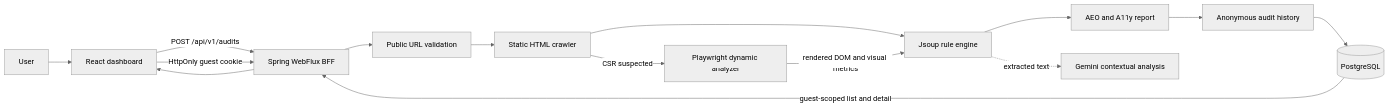
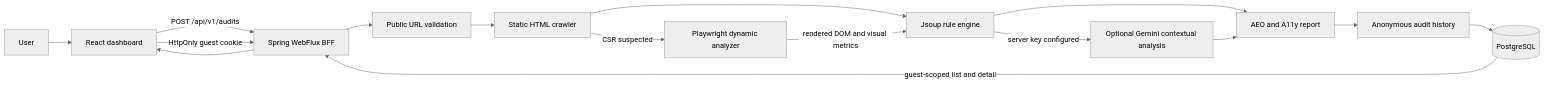
The diagram in docs/architecture.md (hoyeol0513/AEOLens), drawn with Mermaid (neutral theme) before and after one commit. The commit also changed other lines of this file and 11 other files, not shown here.

````diff
--- a/docs/architecture.md
+++ b/docs/architecture.md
@@ -16,17 +16,18 @@
 ```mermaid
 flowchart LR
     U[User] --> F[React dashboard]
     F -->|POST /api/v1/audits| B[Spring WebFlux BFF]
     F -->|HttpOnly guest cookie| B
     B --> V[Public URL validation]
     V --> C[Static HTML crawler]
     C --> J[Jsoup rule engine]
-    J --> R[AEO and A11y report]
+    J --> R
+    J -->|server key configured| G[Optional Gemini contextual analysis]
+    G --> R[AEO and A11y report]
     R --> H[Anonymous audit history]
     H --> D[(PostgreSQL)]
     D -->|guest-scoped list and detail| B
     B --> F
     C -->|CSR suspected| P[Playwright dynamic analyzer]
     P -->|rendered DOM and visual metrics| J
-    J -. extracted text .-> G[Gemini contextual analysis]
 ```
````
